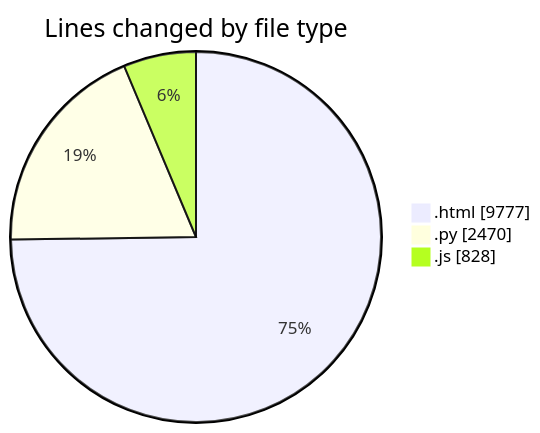
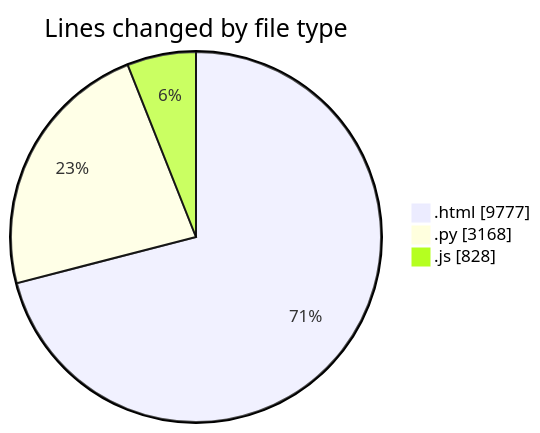
The first of 2 diagrams in 2026-07-12/untitled__workspace_/README.md (shibass792/code-tracking), drawn with Mermaid before and after one commit. The commit also changed other lines of this file and 1 other file, not shown here.

````diff
--- a/2026-07-12/untitled__workspace_/README.md
+++ b/2026-07-12/untitled__workspace_/README.md
@@ -26,7 +27,7 @@
 ```mermaid
 pie showData
 title Lines changed by file type
 ".html" : 9777
-".py" : 2470
+".py" : 3168
 ".js" : 828
 ```
````
